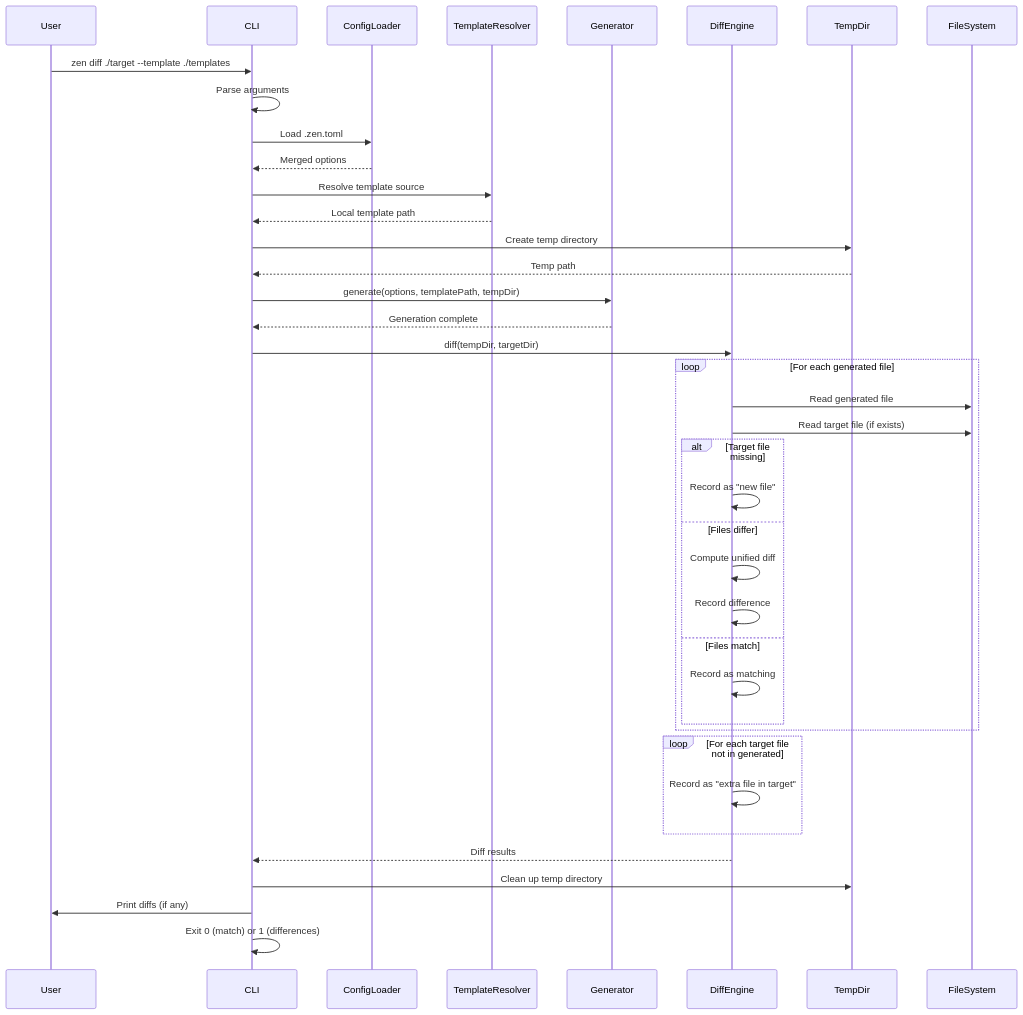
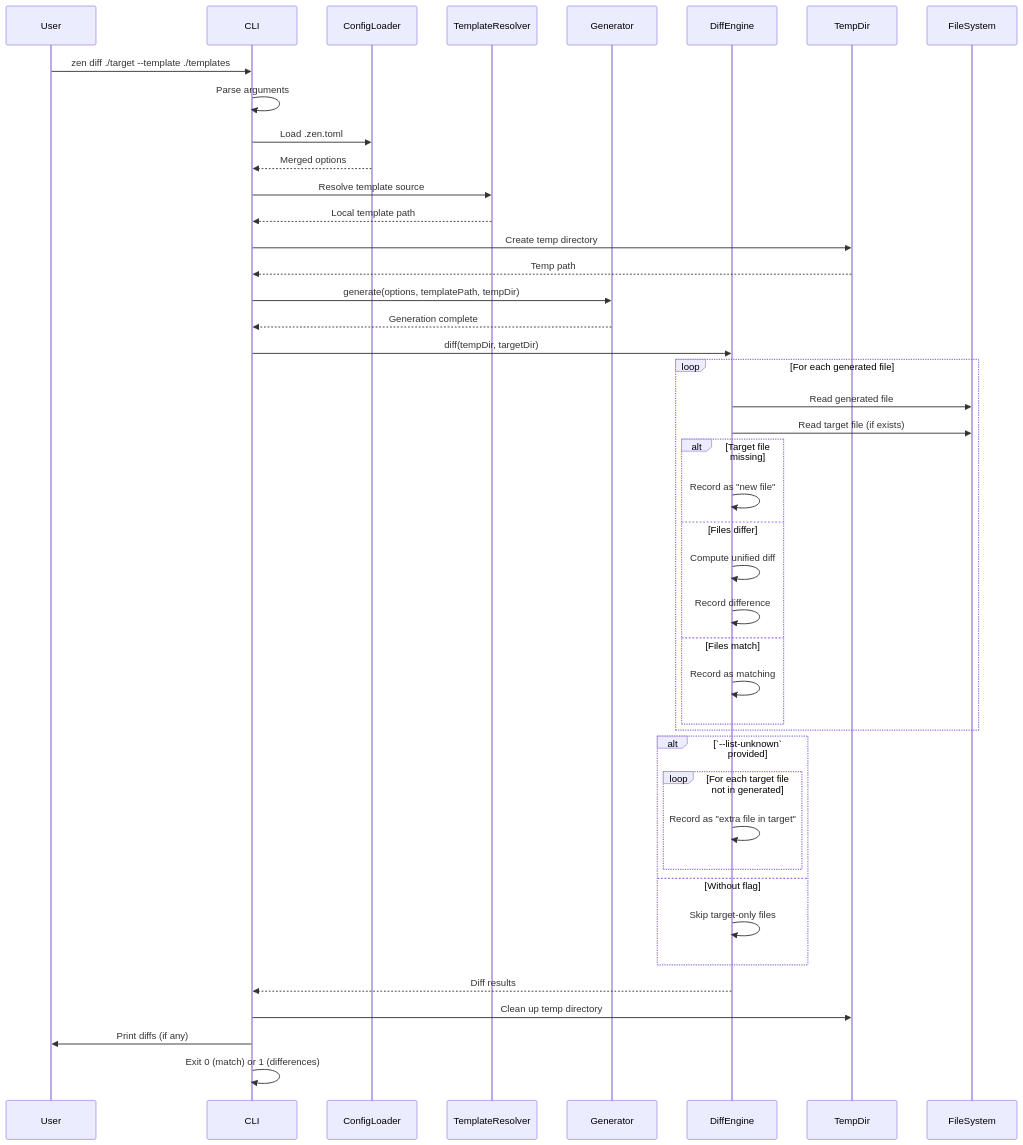
The third of 3 diagrams in .zen/specs/ARCHITECTURE.md (ncoderz/awa), drawn with Mermaid before and after one commit. The commit also changed other lines of this file and 10 other files, not shown here.

````diff
--- a/.zen/specs/ARCHITECTURE.md
+++ b/.zen/specs/ARCHITECTURE.md
@@ -339,48 +339,52 @@
 ```mermaid
 sequenceDiagram
     participant User
     participant CLI
     participant ConfigLoader
     participant TemplateResolver
     participant Generator
     participant DiffEngine
     participant TempDir
     participant FileSystem
 
     User->>CLI: zen diff ./target --template ./templates
     CLI->>CLI: Parse arguments
     CLI->>ConfigLoader: Load .zen.toml
     ConfigLoader-->>CLI: Merged options
     CLI->>TemplateResolver: Resolve template source
     TemplateResolver-->>CLI: Local template path
 
     CLI->>TempDir: Create temp directory
     TempDir-->>CLI: Temp path
 
     CLI->>Generator: generate(options, templatePath, tempDir)
     Generator-->>CLI: Generation complete
 
     CLI->>DiffEngine: diff(tempDir, targetDir)
 
     loop For each generated file
         DiffEngine->>FileSystem: Read generated file
         DiffEngine->>FileSystem: Read target file (if exists)
         alt Target file missing
             DiffEngine->>DiffEngine: Record as "new file"
         else Files differ
             DiffEngine->>DiffEngine: Compute unified diff
             DiffEngine->>DiffEngine: Record difference
         else Files match
             DiffEngine->>DiffEngine: Record as matching
         end
     end
 
-    loop For each target file not in generated
-        DiffEngine->>DiffEngine: Record as "extra file in target"
+    alt `--list-unknown` provided
+        loop For each target file not in generated
+            DiffEngine->>DiffEngine: Record as "extra file in target"
+        end
+    else Without flag
+        DiffEngine->>DiffEngine: Skip target-only files
     end
 
     DiffEngine-->>CLI: Diff results
     CLI->>TempDir: Clean up temp directory
     CLI->>User: Print diffs (if any)
     CLI->>CLI: Exit 0 (match) or 1 (differences)
 ```
````
